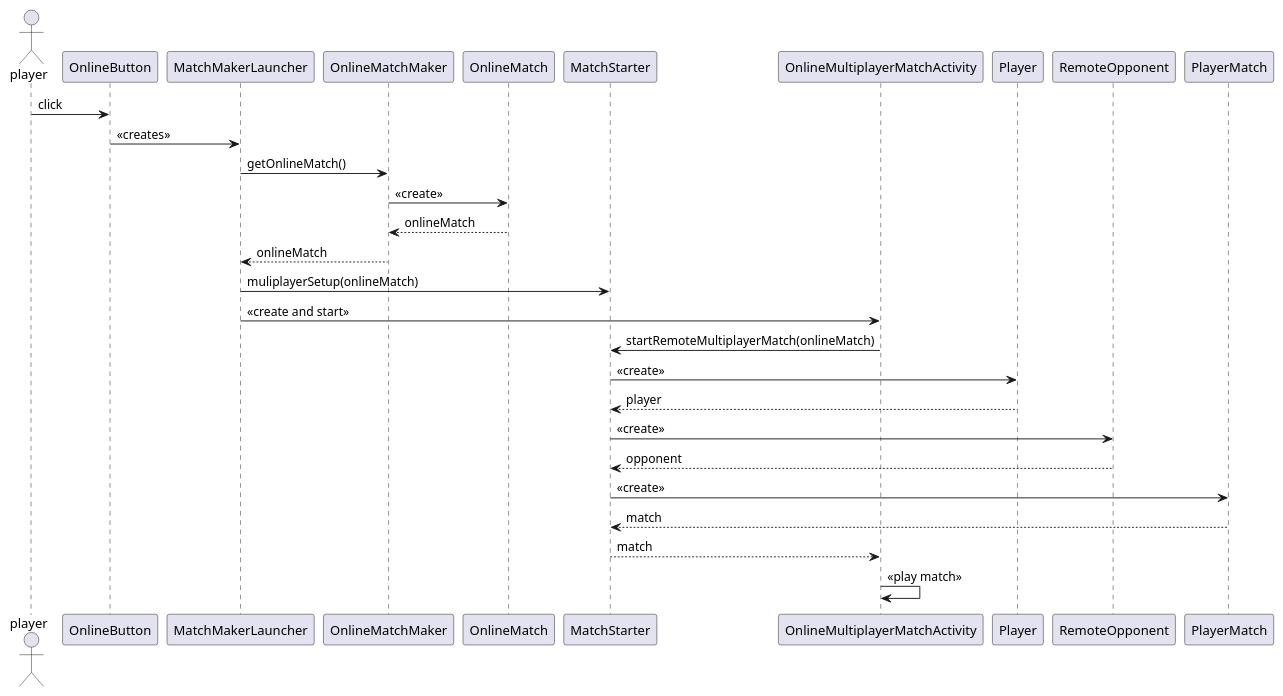
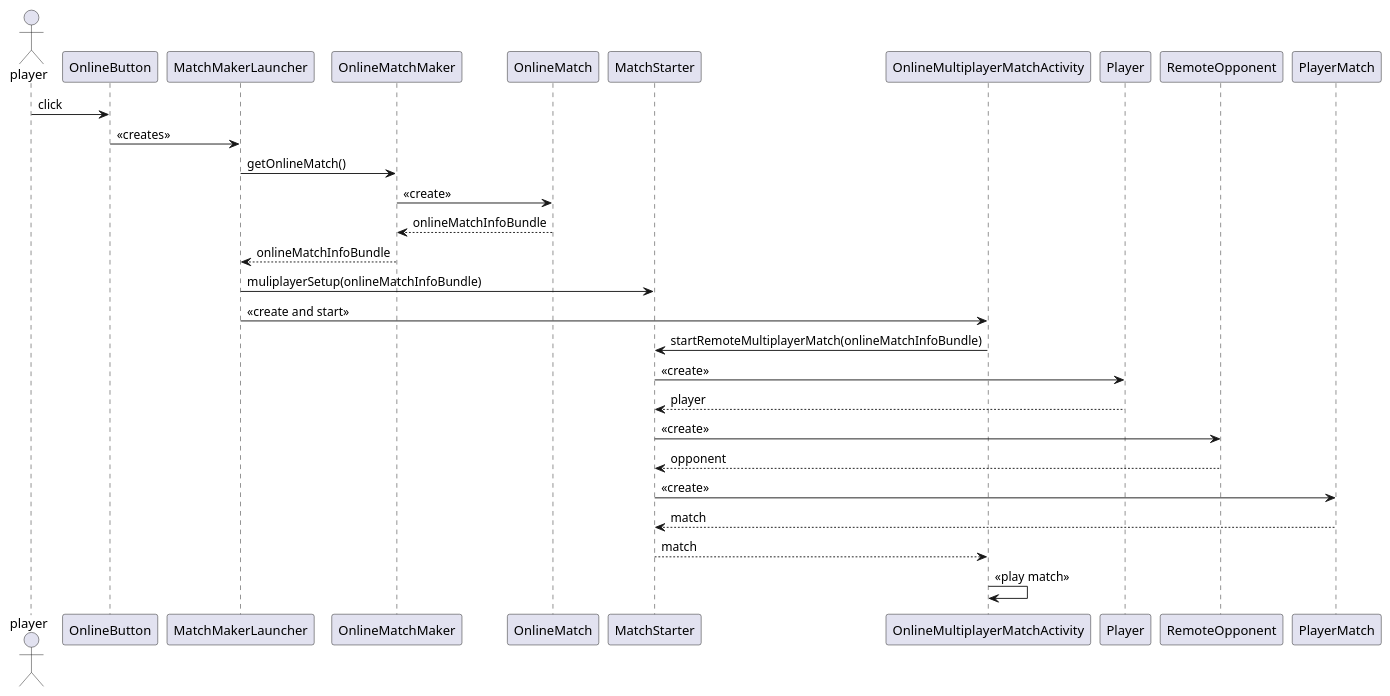
The diagram in docs/4_design_documents/sequence_diagrams/makeOnlineMatch.puml (saunders94/JarChess), drawn with PlantUML before and after one commit. The commit also changed 26 other files, not shown here.

```diff
--- a/docs/4_design_documents/sequence_diagrams/makeOnlineMatch.puml
+++ b/docs/4_design_documents/sequence_diagrams/makeOnlineMatch.puml
@@ -1,29 +1,29 @@
 @startuml
 
 actor player
  player -> OnlineButton:click
  OnlineButton -> MatchMakerLauncher:<<creates>>
  MatchMakerLauncher -> OnlineMatchMaker:getOnlineMatch()
  OnlineMatchMaker -> OnlineMatch: <<create>>
- OnlineMatchMaker <-- OnlineMatch: onlineMatch
- MatchMakerLauncher <-- OnlineMatchMaker:onlineMatch
- MatchMakerLauncher -> MatchStarter: muliplayerSetup(onlineMatch)
+ OnlineMatchMaker <-- OnlineMatch: onlineMatchInfoBundle
+ MatchMakerLauncher <-- OnlineMatchMaker:onlineMatchInfoBundle
+ MatchMakerLauncher -> MatchStarter: muliplayerSetup(onlineMatchInfoBundle)
  MatchMakerLauncher -> OnlineMultiplayerMatchActivity: <<create and start>>
- OnlineMultiplayerMatchActivity -> MatchStarter: startRemoteMultiplayerMatch(onlineMatch)
+ OnlineMultiplayerMatchActivity -> MatchStarter: startRemoteMultiplayerMatch(onlineMatchInfoBundle)
  MatchStarter -> Player:<<create>>
  MatchStarter <-- Player: player
  MatchStarter -> RemoteOpponent:<<create>>
  MatchStarter <-- RemoteOpponent: opponent
  MatchStarter -> PlayerMatch:<<create>>
  MatchStarter <-- PlayerMatch: match
  OnlineMultiplayerMatchActivity <-- MatchStarter: match
  OnlineMultiplayerMatchActivity -> OnlineMultiplayerMatchActivity:<<play match>>
 
 /'
 Alice -> Bob: Authentication Request
 Bob --> Alice: Authentication Response
 
 Alice -> Bob: Another authentication Request
 Alice <-- Bob: another authentication Response
 '/
 @enduml
```
